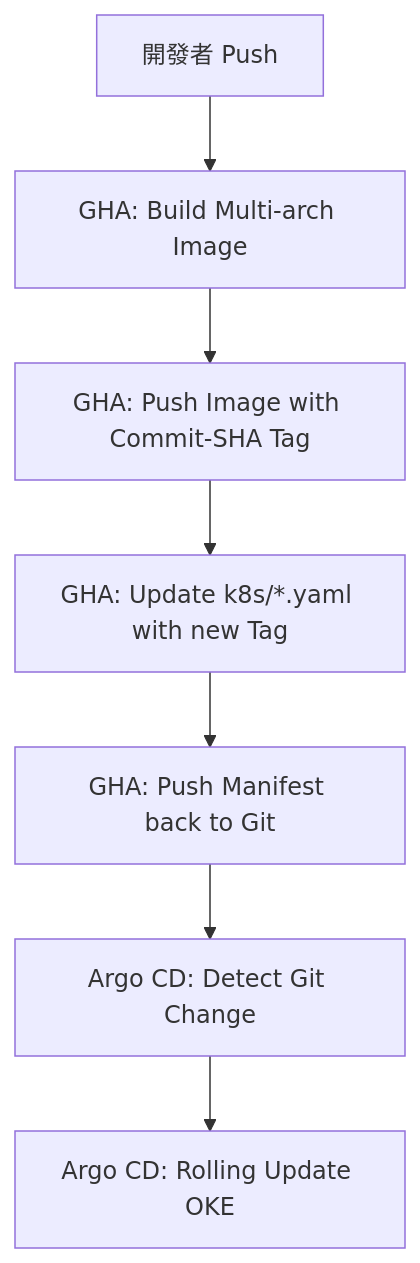
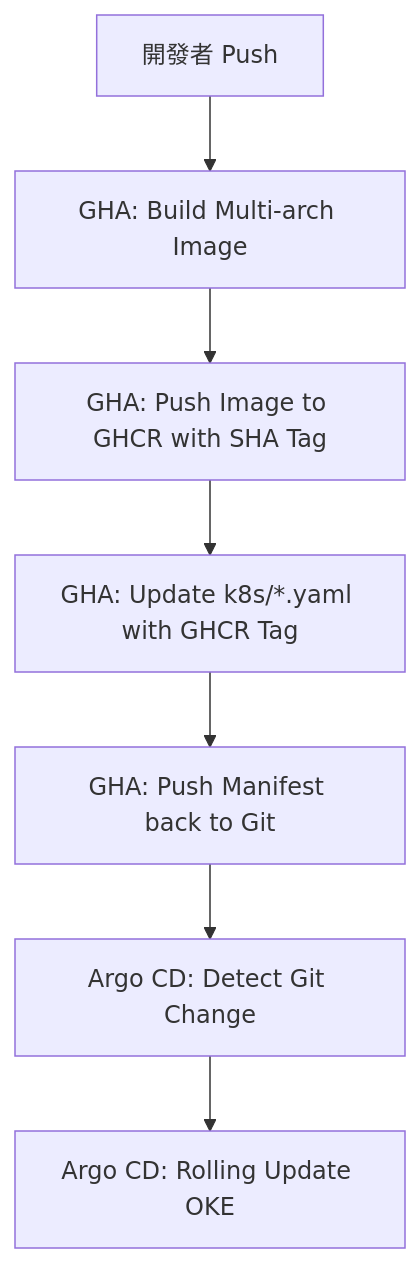
One commit to DarkSchneider1024/wafer-bi changed the diagram in docs/function-tech/deployment-sop.md. Above: the diagram before and after it, drawn with Mermaid. The commit also changed other lines of this file, not shown here.

Commit message:
docs: update deployment SOP with GHCR migration and labels guide

````diff
--- a/docs/function-tech/deployment-sop.md
+++ b/docs/function-tech/deployment-sop.md
@@ -56,9 +43,9 @@
 ```mermaid
 graph TD
     A[開發者 Push] --> B[GHA: Build Multi-arch Image]
-    B --> C[GHA: Push Image with Commit-SHA Tag]
-    C --> D[GHA: Update k8s/*.yaml with new Tag]
+    B --> C[GHA: Push Image to GHCR with SHA Tag]
+    C --> D[GHA: Update k8s/*.yaml with GHCR Tag]
     D --> E[GHA: Push Manifest back to Git]
     E --> F[Argo CD: Detect Git Change]
     F --> G[Argo CD: Rolling Update OKE]
 ```
````
